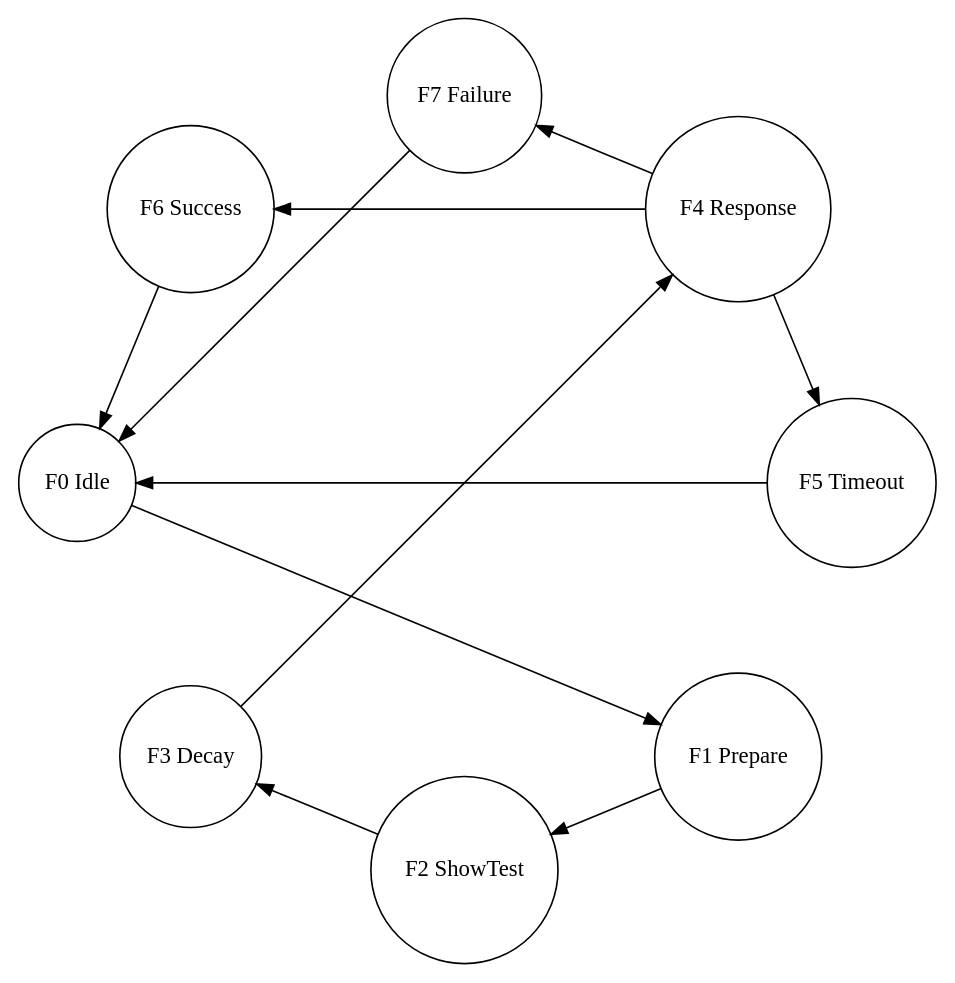
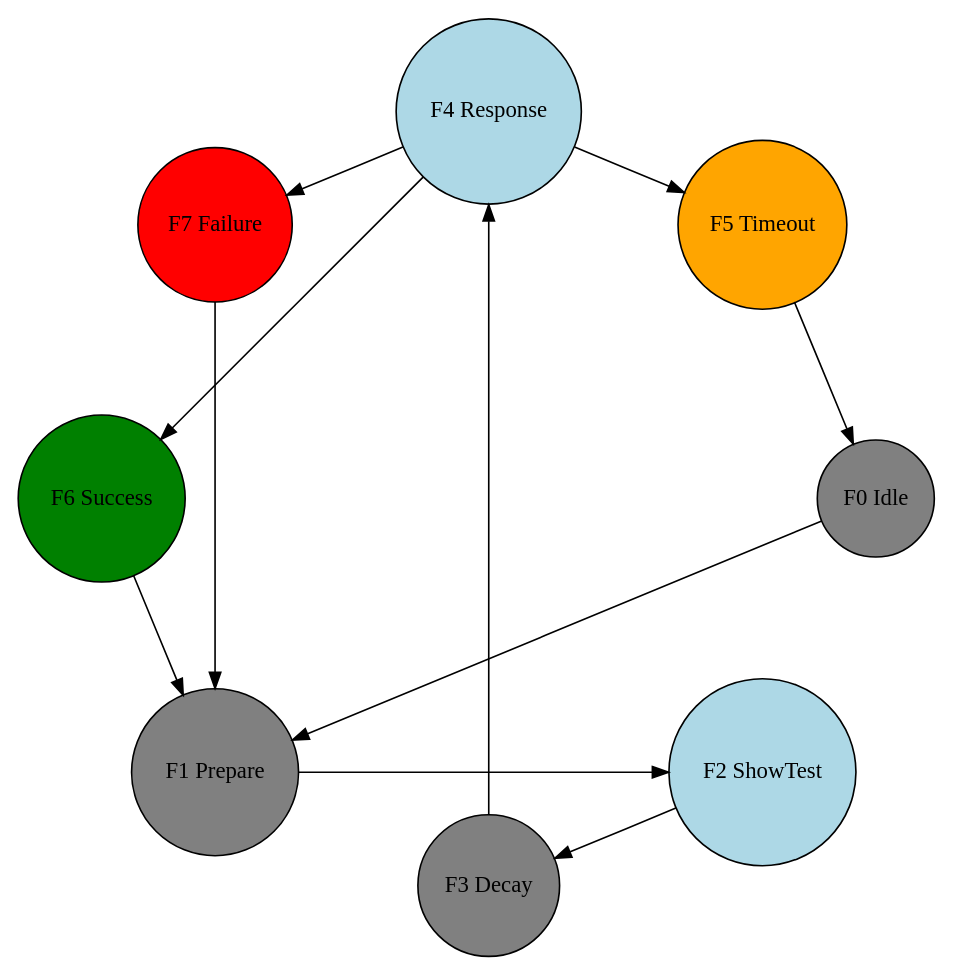
Before and after one commit to mjmeijer/donald_2021: the diagram in docs/statemachine.dot, drawn with Graphviz. The commit also changed 1 other file, not shown here.

Commit message:
Corrected state machine diagram

```diff
--- a/docs/statemachine.dot
+++ b/docs/statemachine.dot
@@ -1,16 +1,16 @@
 digraph g {
   layout=circo
-  node [shape=circle width=1]
+  node [shape=circle width=1 style=filled fillcolor=grey]
   0 -> 1 -> 2 -> 3 -> 4 -> 5 -> 0
-  4 -> 6 -> 0
-  4 -> 7 -> 0
+  4 -> 6 -> 1
+  4 -> 7 -> 1
 
-  0 [label = "F0 Idle"]
+  0 [label = "F0 Idle" ]
   1 [label = "F1 Prepare"]
-  2 [label = "F2 ShowTest"]
+  2 [label = "F2 ShowTest" fillcolor=lightblue]
   3 [label = "F3 Decay"]
-  4 [label = "F4 Response"]
-  5 [label = "F5 Timeout" fill=orange]
-  6 [label = "F6 Success"  fill=green]
-  7 [label = "F7 Failure" fill=red]
+  4 [label = "F4 Response"fillcolor=lightblue]
+  5 [label = "F5 Timeout" fillcolor=orange]
+  6 [label = "F6 Success" fillcolor=green]
+  7 [label = "F7 Failure" fillcolor=red]
 }
```
